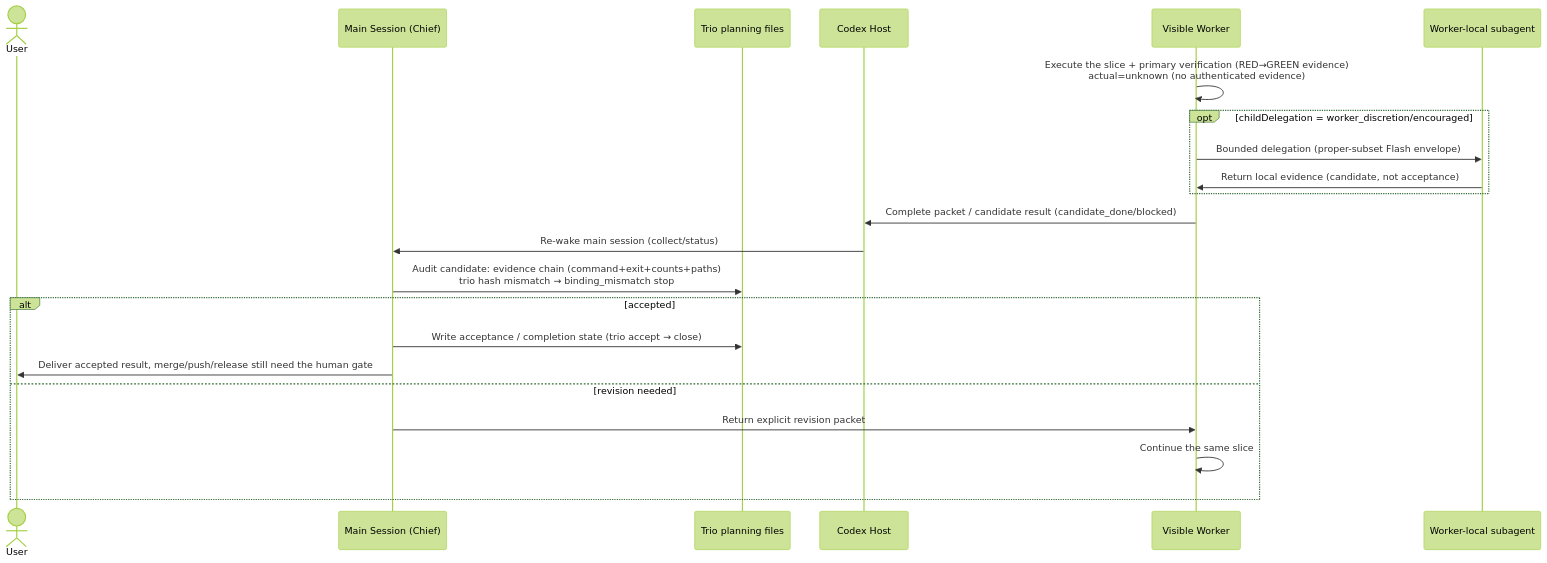
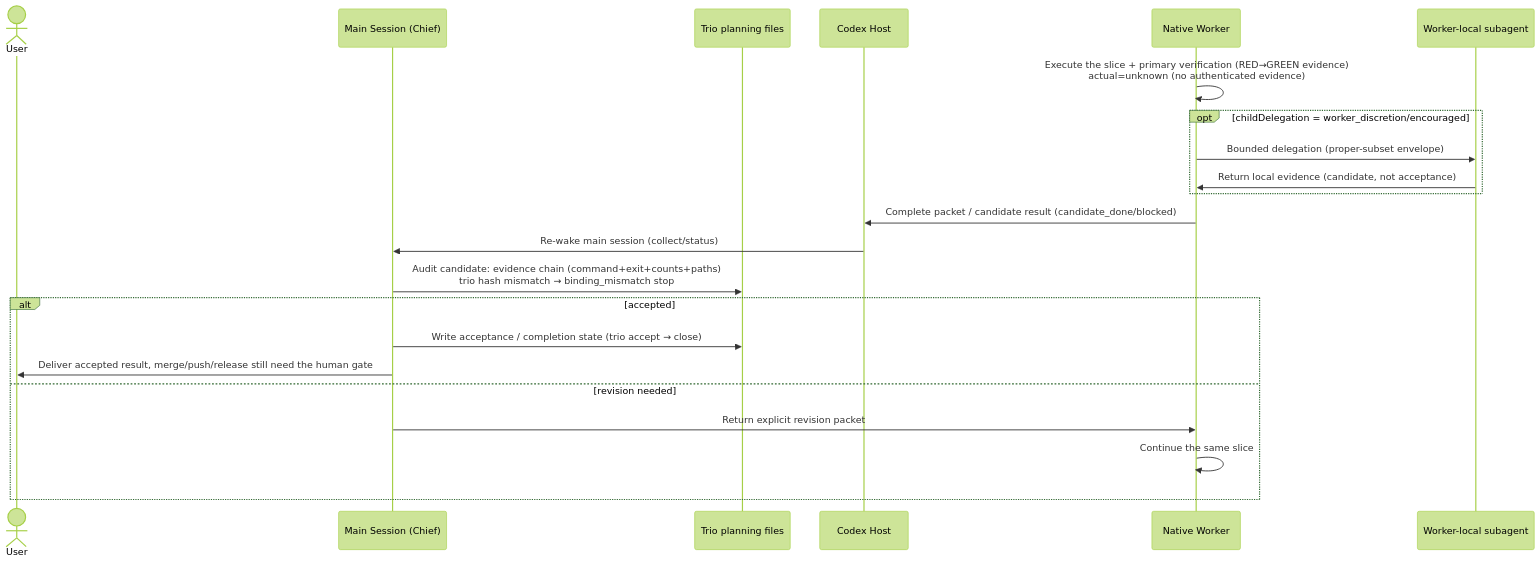
One commit to ilderaj/superpowering-with-files changed the sixth of 6 diagrams in docs/trio-v2/workflow.md. Above: the diagram before and after it, drawn with Mermaid (forest theme). The commit also changed other lines of this file and 59 other files, not shown here.

````diff
--- a/docs/trio-v2/workflow.md
+++ b/docs/trio-v2/workflow.md
@@ -139,24 +133,24 @@
 ```mermaid
 sequenceDiagram
     actor User
     participant S1 as Main Session (Chief)
     participant Trio as Trio planning files
     participant Host as Codex Host
-    participant VW as Visible Worker
+    participant Native as Native Worker
     participant Sub as Worker-local subagent
-    VW->>VW: Execute the slice + primary verification (RED→GREEN evidence)<br/>actual=unknown (no authenticated evidence)
+    Native->>Native: Execute the slice + primary verification (RED→GREEN evidence)<br/>actual=unknown (no authenticated evidence)
     opt childDelegation = worker_discretion/encouraged
-        VW->>Sub: Bounded delegation (proper-subset Flash envelope)
-        Sub->>VW: Return local evidence (candidate, not acceptance)
+        Native->>Sub: Bounded delegation (proper-subset envelope)
+        Sub->>Native: Return local evidence (candidate, not acceptance)
     end
-    VW->>Host: Complete packet / candidate result (candidate_done/blocked)
+    Native->>Host: Complete packet / candidate result (candidate_done/blocked)
     Host->>S1: Re-wake main session (collect/status)
     S1->>Trio: Audit candidate: evidence chain (command+exit+counts+paths)<br/>trio hash mismatch → binding_mismatch stop
     alt accepted
         S1->>Trio: Write acceptance / completion state (trio accept → close)
         S1->>User: Deliver accepted result, merge/push/release still need the human gate
     else revision needed
-        S1->>VW: Return explicit revision packet
-        VW->>VW: Continue the same slice
+        S1->>Native: Return explicit revision packet
+        Native->>Native: Continue the same slice
     end
 ```
````
